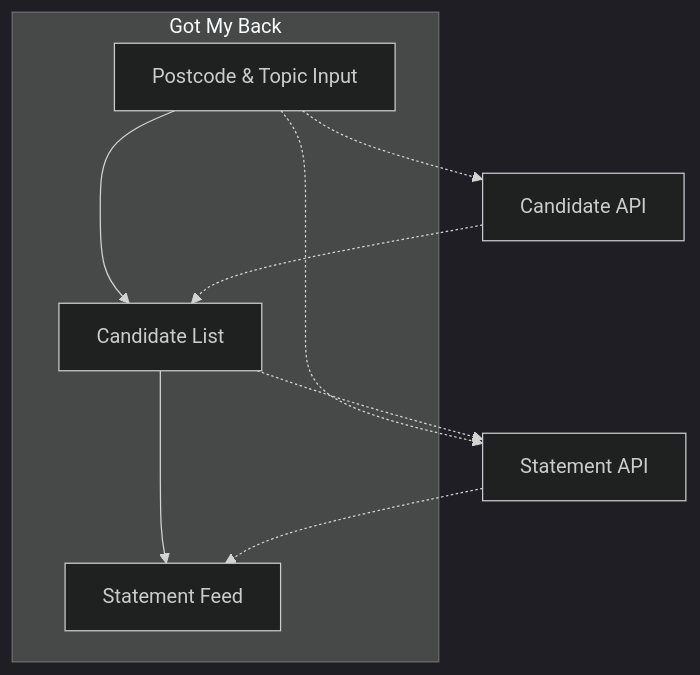
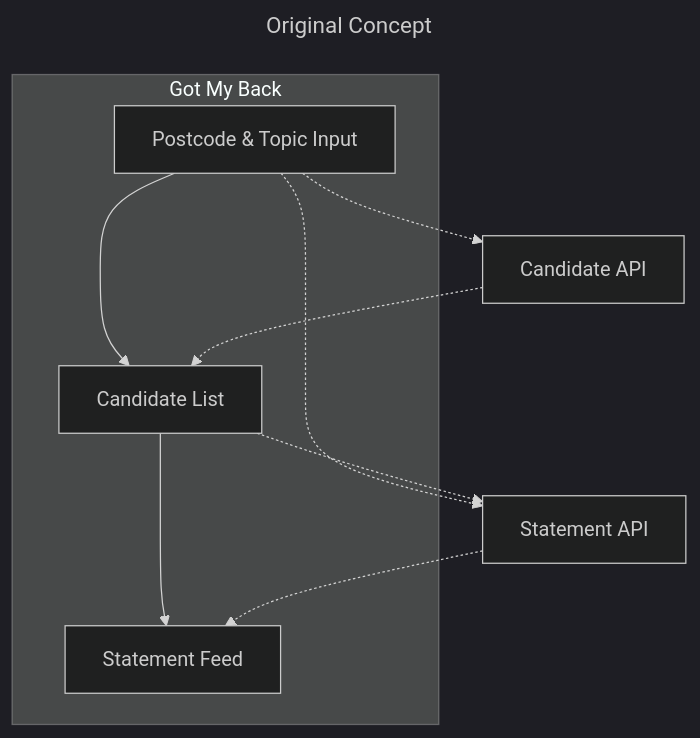
One commit to JasonWarrenUK/got-my-back changed the third of 3 diagrams in docs/FLOW.md. Above: the diagram before and after it, drawn with Mermaid (dark theme). The commit also changed other lines of this file, not shown here.

Commit message:
docs: App/Data Flow

````diff
--- a/docs/FLOW.md
+++ b/docs/FLOW.md
@@ -3,19 +109,22 @@
 ```mermaid
-graph TD
+---
+title: Original Concept
+---
+    graph TD
 
-subgraph gmb["Got My Back"]
-    userIn["Postcode & Topic Input"]
-    canList["Candidate List"]
-    deedList["Statement Feed"]
-end
+    subgraph gmb["Got My Back"]
+        userIn["Postcode & Topic Input"]
+        canList["Candidate List"]
+        deedList["Statement Feed"]
+    end
 
-canApi["Candidate API"]
-deedApi["Statement API"]
+    canApi["Candidate API"]
+    deedApi["Statement API"]
 
-userIn --> canList --> deedList
+    userIn --> canList --> deedList
 
-userIn -.-> canApi & deedApi
-canApi -.-> canList
-canList -.-> deedApi
-deedApi -.-> deedList
+    userIn -.-> canApi & deedApi
+    canApi -.-> canList
+    canList -.-> deedApi
+    deedApi -.-> deedList
 ```
````
